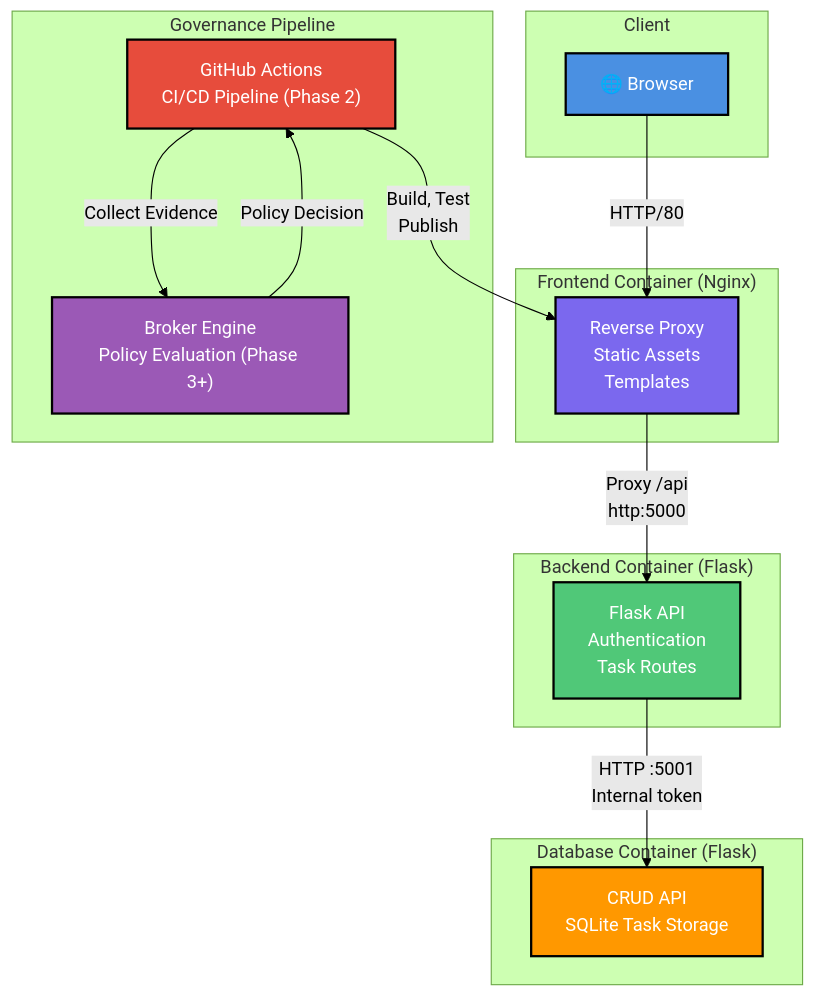
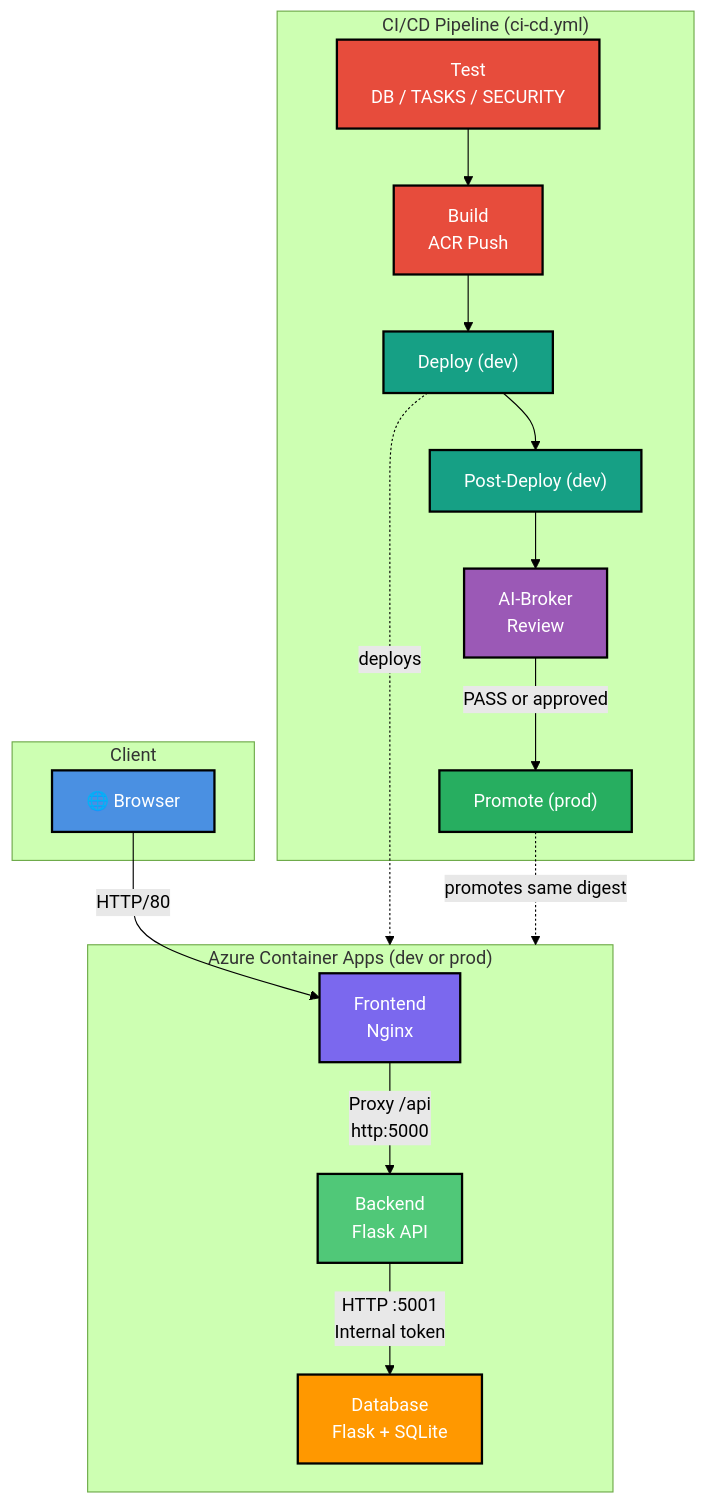
The first of 3 diagrams in docs/architecture.md (Georges034302/DRA2.0-POC-Demo-app), drawn with Mermaid (forest theme) before and after one commit. The commit also changed other lines of this file and 7 other files, not shown here.

Commit message:
Update all docs for dev/prod staged promotion architecture

````diff
--- a/docs/architecture.md
+++ b/docs/architecture.md
@@ -16,37 +18,41 @@
 ```mermaid
 graph TB
     subgraph Client["Client"]
         Browser["🌐 Browser"]
     end
     
-    subgraph Frontend["Frontend Container (Nginx)"]
-        FE["Reverse Proxy<br/>Static Assets<br/>Templates"]
+    subgraph App["Azure Container Apps (dev or prod)"]
+        FE["Frontend<br/>Nginx"]
+        API["Backend<br/>Flask API"]
+        DB["Database<br/>Flask + SQLite"]
     end
     
-    subgraph Backend["Backend Container (Flask)"]
-        API["Flask API<br/>Authentication<br/>Task Routes"]
-    end
-
-    subgraph Database["Database Container (Flask)"]
-        DB["CRUD API<br/>SQLite Task Storage"]
-    end
-    
-    subgraph Governance["Governance Pipeline"]
-        CI["GitHub Actions<br/>CI/CD Pipeline (Phase 2)"]
-        Broker["Broker Engine<br/>Policy Evaluation (Phase 3+)"]
+    subgraph Pipeline["CI/CD Pipeline (ci-cd.yml)"]
+        Test["Test<br/>DB / TASKS / SECURITY"]
+        Build["Build<br/>ACR Push"]
+        DeployDev["Deploy (dev)"]
+        VerifyDev["Post-Deploy (dev)"]
+        Broker["AI-Broker<br/>Review"]
+        Promote["Promote (prod)"]
     end
     
     Browser -->|HTTP/80| FE
     FE -->|Proxy /api<br/>http:5000| API
     API -->|HTTP :5001<br/>Internal token| DB
-    CI -->|Build, Test<br/>Publish| FE
-    CI -->|Collect Evidence| Broker
-    Broker -->|Policy Decision| CI
+    
+    Test --> Build --> DeployDev --> VerifyDev --> Broker
+    Broker -->|PASS or approved| Promote
+    DeployDev -.->|deploys| App
+    Promote -.->|promotes same digest| App
     
     style Browser fill:#4A90E2,stroke:#000,stroke-width:2px,color:#fff
     style FE fill:#7B68EE,stroke:#000,stroke-width:2px,color:#fff
     style API fill:#50C878,stroke:#000,stroke-width:2px,color:#fff
     style DB fill:#FF9800,stroke:#000,stroke-width:2px,color:#fff
-    style CI fill:#E74C3C,stroke:#000,stroke-width:2px,color:#fff
+    style Test fill:#E74C3C,stroke:#000,stroke-width:2px,color:#fff
+    style Build fill:#E74C3C,stroke:#000,stroke-width:2px,color:#fff
+    style DeployDev fill:#16A085,stroke:#000,stroke-width:2px,color:#fff
+    style VerifyDev fill:#16A085,stroke:#000,stroke-width:2px,color:#fff
     style Broker fill:#9B59B6,stroke:#000,stroke-width:2px,color:#fff
+    style Promote fill:#27AE60,stroke:#000,stroke-width:2px,color:#fff
 ```
````
